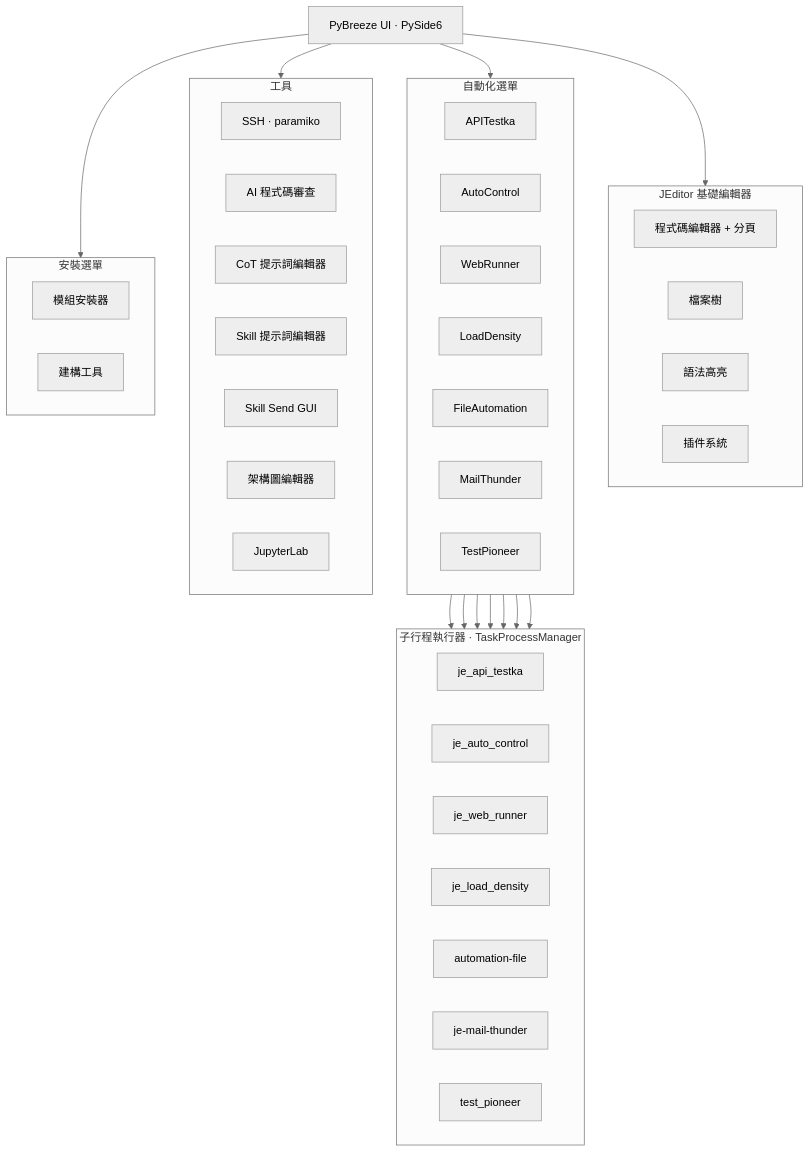
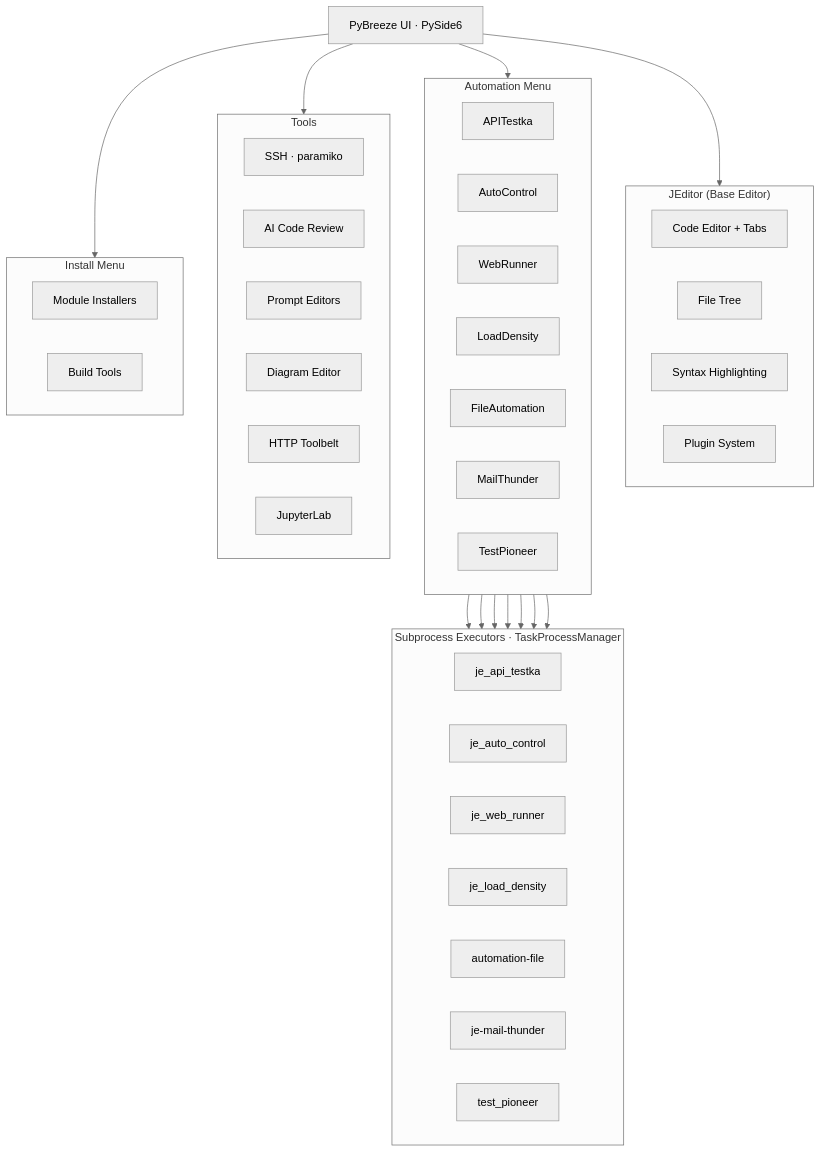
The diagram in README/README_zh-TW.md (Integration-Automation/PyBreeze), drawn with Mermaid (neutral theme) before and after one commit. The commit also changed other lines of this file and 3 other files, not shown here.

````diff
--- a/README/README_zh-TW.md
+++ b/README/README_zh-TW.md
@@ -122,64 +220,63 @@
 ```mermaid
 flowchart TB
     UI["PyBreeze UI · PySide6"]
 
-    subgraph Editor["JEditor 基礎編輯器"]
+    subgraph Editor["JEditor (Base Editor)"]
         direction LR
-        E1["程式碼編輯器 + 分頁"]
-        E2["檔案樹"]
-        E3["語法高亮"]
-        E4["插件系統"]
+        E1["Code Editor + Tabs"]
+        E2["File Tree"]
+        E3["Syntax Highlighting"]
+        E4["Plugin System"]
     end
 
-    subgraph Automation["自動化選單"]
+    subgraph Automation["Automation Menu"]
         direction LR
         A1["APITestka"]
         A2["AutoControl"]
         A3["WebRunner"]
         A4["LoadDensity"]
         A5["FileAutomation"]
         A6["MailThunder"]
         A7["TestPioneer"]
     end
 
-    subgraph Executors["子行程執行器 · TaskProcessManager"]
+    subgraph Executors["Subprocess Executors · TaskProcessManager"]
         direction LR
         X1["je_api_testka"]
         X2["je_auto_control"]
         X3["je_web_runner"]
         X4["je_load_density"]
         X5["automation-file"]
         X6["je-mail-thunder"]
         X7["test_pioneer"]
     end
 
-    subgraph Tools["工具"]
+    subgraph Tools["Tools"]
         direction LR
         T1["SSH · paramiko"]
-        T2["AI 程式碼審查"]
-        T3["CoT 提示詞編輯器"]
-        T4["Skill 提示詞編輯器"]
-        T5["Skill Send GUI"]
-        T6["架構圖編輯器"]
-        T7["JupyterLab"]
+        T2["AI Code Review"]
+        T3["Prompt Editors"]
+        T4["Diagram Editor"]
+        T5["HTTP Toolbelt"]
+        T6["JupyterLab"]
     end
 
-    subgraph Install["安裝選單"]
+    subgraph Install["Install Menu"]
         direction LR
-        I1["模組安裝器"]
-        I2["建構工具"]
+        I1["Module Installers"]
+        I2["Build Tools"]
     end
 
     UI --> Editor
     UI --> Automation
     UI --> Tools
     UI --> Install
 
     A1 --> X1
     A2 --> X2
     A3 --> X3
     A4 --> X4
     A5 --> X5
     A6 --> X6
     A7 --> X7
 ```
````
